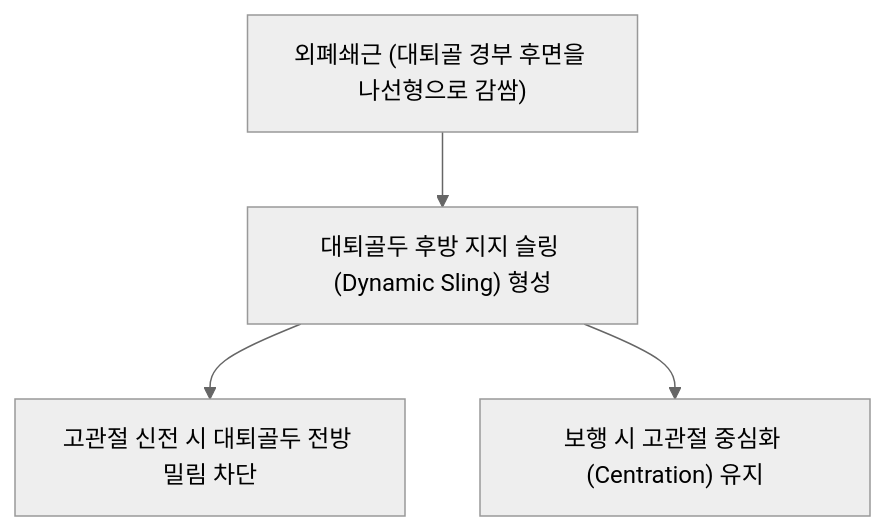
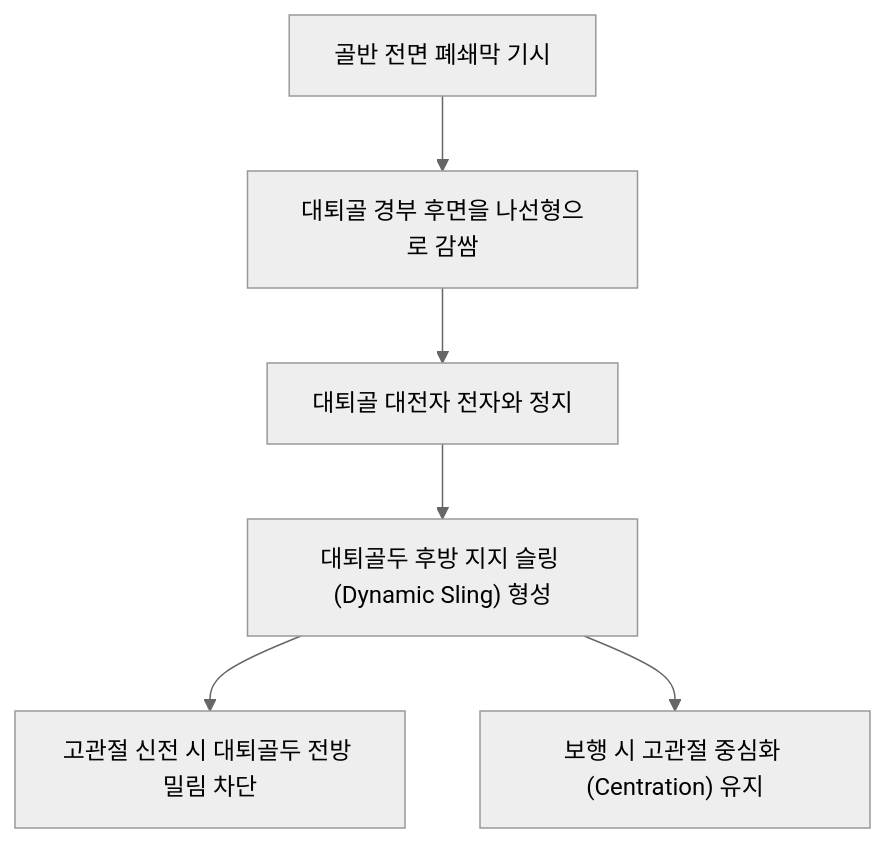
The diagram in content/1. 근골격계 공부/근육/(10) 둔부/외폐쇄근.md (simbio11/simbio-digital-garden2), drawn with Mermaid (neutral theme) before and after one commit. The commit also changed other lines of this file and 150 other files, not shown here.

````diff
--- a/content/1. 근골격계 공부/근육/(10) 둔부/외폐쇄근.md
+++ b/content/1. 근골격계 공부/근육/(10) 둔부/외폐쇄근.md
@@ -51,6 +54,8 @@
 ```mermaid
 graph TD
-    ObturatorExternus["외폐쇄근 (대퇴골 경부 후면을 나선형으로 감쌈)"] --> FemoralSling["대퇴골두 후방 지지 슬링 (Dynamic Sling) 형성"]
-    FemoralSling --> Centration["고관절 신전 시 대퇴골두 전방 밀림 차단"]
-    FemoralSling --> JointStability["보행 시 고관절 중심화 (Centration) 유지"]
+    AnteriorOrigin["골반 전면 폐쇄막 기시"] --> SpiralWrap["대퇴골 경부 후면을 나선형으로 감쌈"]
+    SpiralWrap --> PosteriorInsertion["대퇴골 대전자 전자와 정지"]
+    PosteriorInsertion --> FemoralSling["대퇴골두 후방 지지 슬링 (Dynamic Sling) 형성"]
+    FemoralSling --> AntiAnteriorGlide["고관절 신전 시 대퇴골두 전방 밀림 차단"]
+    FemoralSling --> Centration["보행 시 고관절 중심화 (Centration) 유지"]
 ```
````
